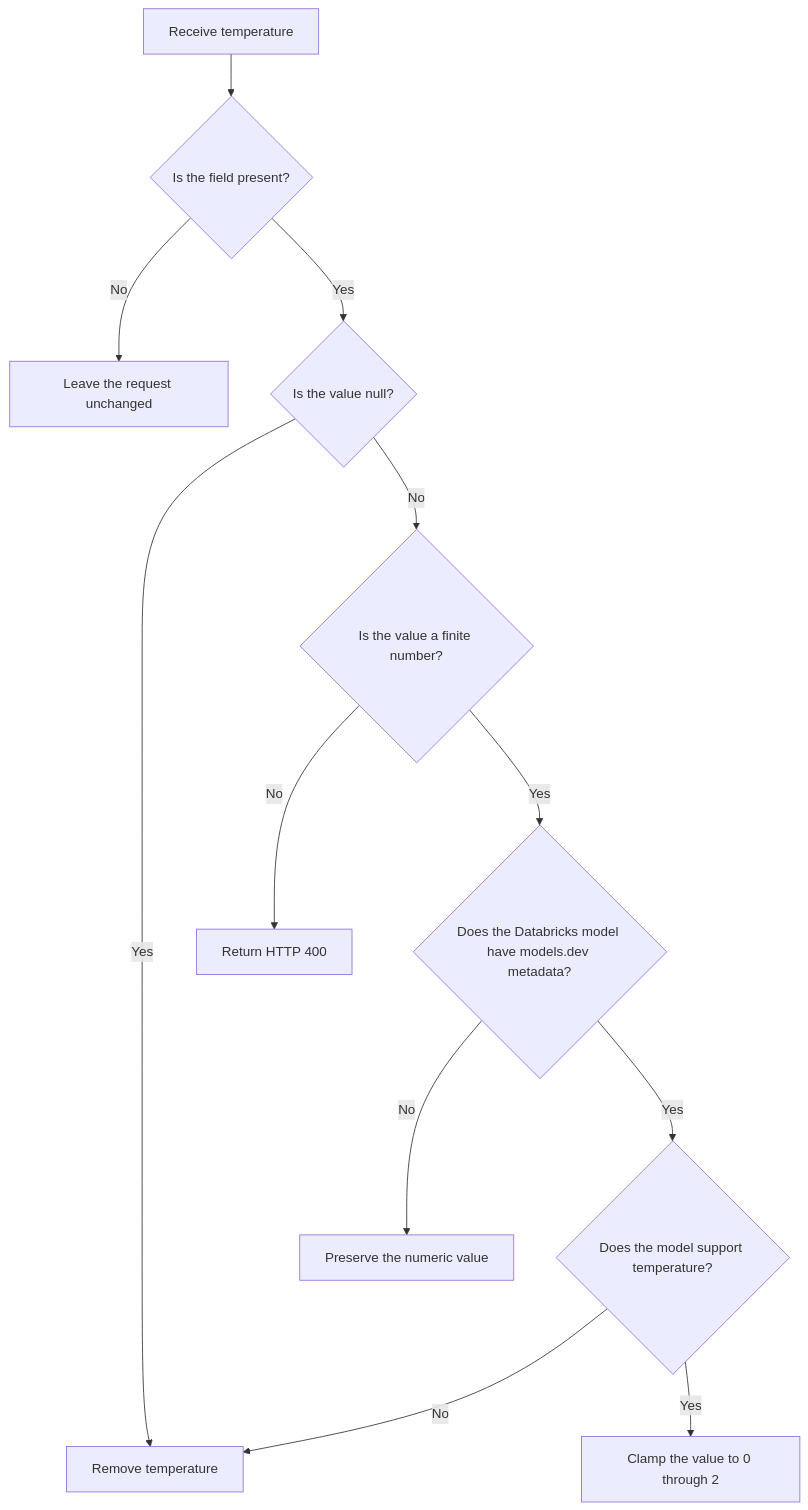
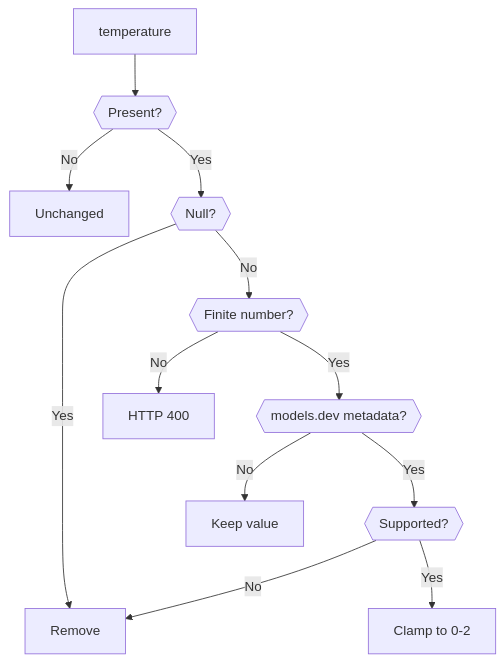
Before and after one commit to reggie-db/dbx-tools: the first of 2 diagrams in docs/model-gateway.md, drawn with Mermaid. The commit also changed other lines of this file and 23 other files, not shown here.

````diff
--- a/docs/model-gateway.md
+++ b/docs/model-gateway.md
@@ -73,16 +73,16 @@
 ```mermaid
 flowchart TD
     accTitle: Temperature translation
     accDescr: The gateway preserves omitted and unknown numeric temperatures, removes null and unsupported temperatures, rejects invalid values, and clamps supported Databricks values.
-    start["Receive temperature"] --> present{"Is the field present?"}
-    present -->|No| unchanged["Leave the request unchanged"]
-    present -->|Yes| null{"Is the value null?"}
-    null -->|Yes| remove["Remove temperature"]
-    null -->|No| finite{"Is the value a finite number?"}
-    finite -->|No| invalid["Return HTTP 400"]
-    finite -->|Yes| metadata{"Does the Databricks model have models.dev metadata?"}
-    metadata -->|No| preserve["Preserve the numeric value"]
-    metadata -->|Yes| supported{"Does the model support temperature?"}
+    start["temperature"] --> present{{"Present?"}}
+    present -->|No| unchanged["Unchanged"]
+    present -->|Yes| null{{"Null?"}}
+    null -->|Yes| remove["Remove"]
+    null -->|No| finite{{"Finite number?"}}
+    finite -->|No| invalid["HTTP 400"]
+    finite -->|Yes| metadata{{"models.dev metadata?"}}
+    metadata -->|No| preserve["Keep value"]
+    metadata -->|Yes| supported{{"Supported?"}}
     supported -->|No| remove
-    supported -->|Yes| clamp["Clamp the value to 0 through 2"]
+    supported -->|Yes| clamp["Clamp to 0-2"]
 ```
````
